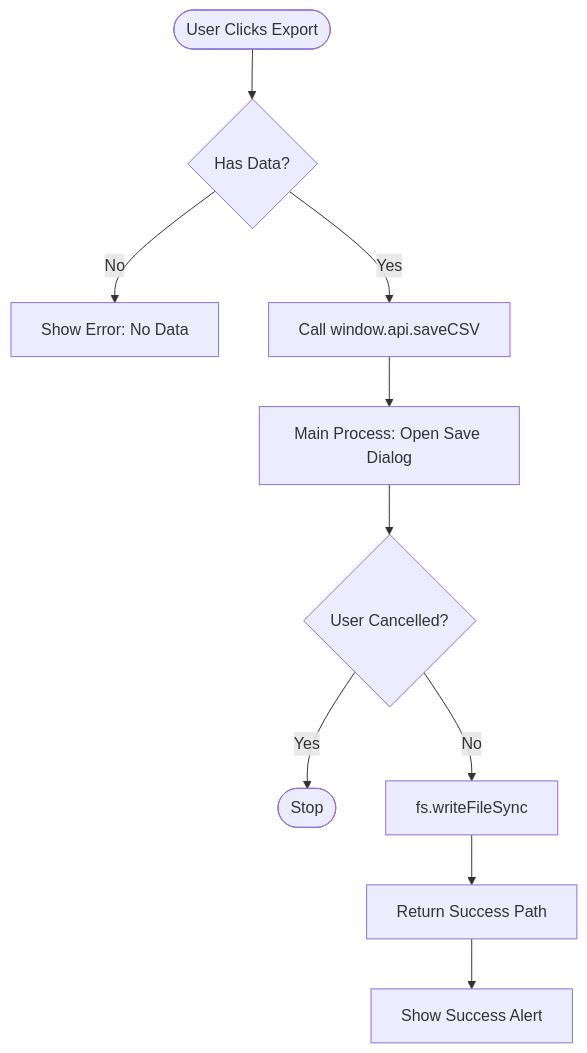
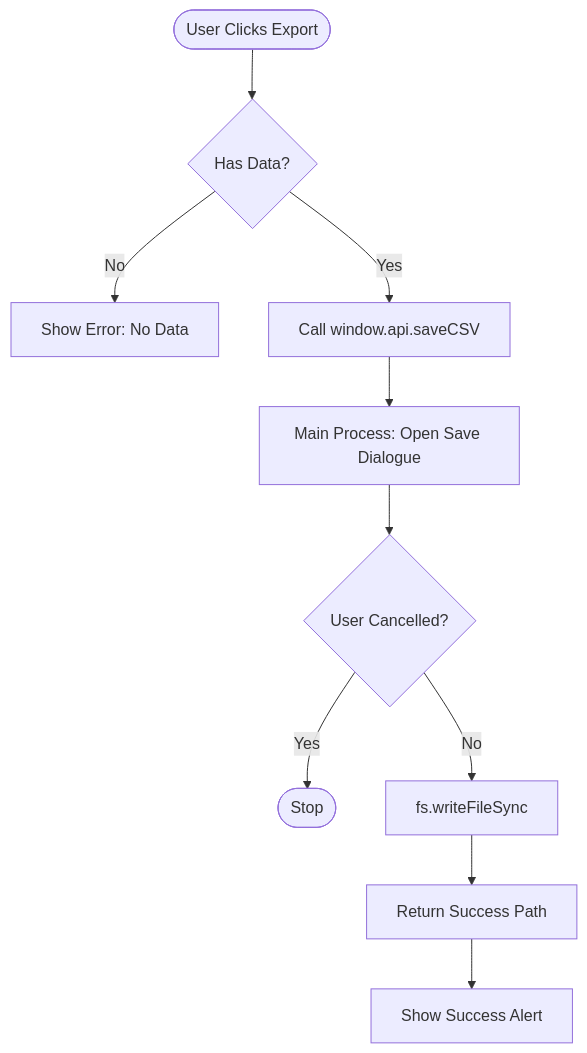
One commit to Interlaken0/temperature-plotter changed the second of 3 diagrams in README.md. Above: the diagram before and after it, drawn with Mermaid. The commit also changed other lines of this file and 16 other files, not shown here.

````diff
--- a/README.md
+++ b/README.md
@@ -191,13 +191,13 @@
 ```mermaid
 flowchart TD
     Start([User Clicks Export]) --> Check{Has Data?}
     Check -- No --> Alert["Show Error: No Data"]
     Check -- Yes --> Bridge[Call window.api.saveCSV]
-    Bridge --> Main[Main Process: Open Save Dialog]
+    Bridge --> Main[Main Process: Open Save Dialogue]
     
     Main --> Cancelled{User Cancelled?}
     Cancelled -- Yes --> End([Stop])
     Cancelled -- No --> Write[fs.writeFileSync]
     Write --> Success[Return Success Path]
     Success --> Toast["Show Success Alert"]
 ```
````
